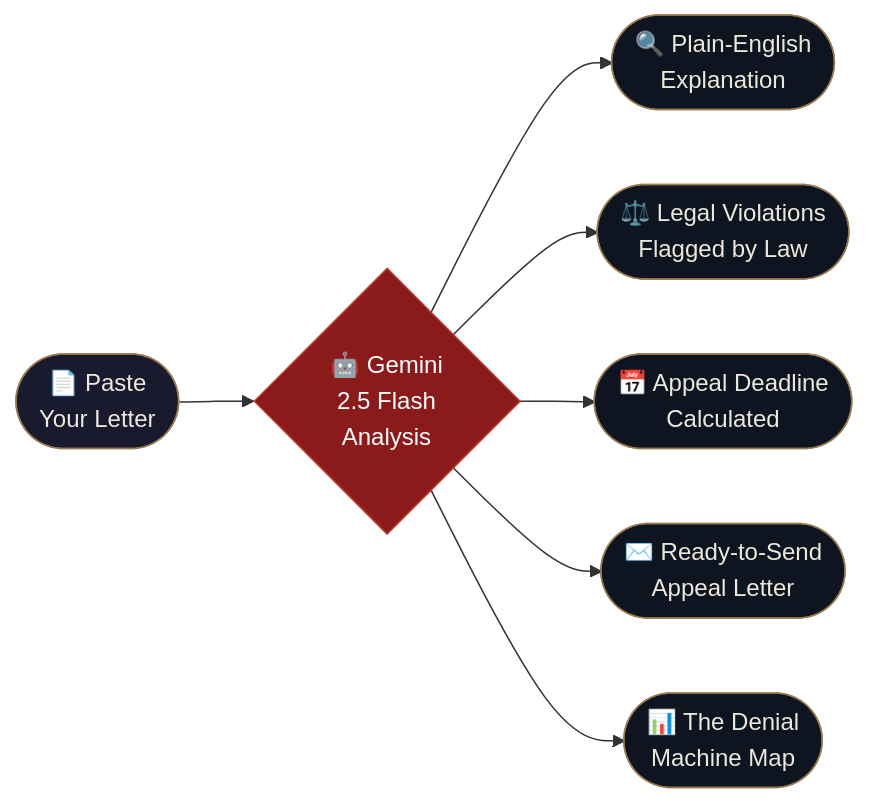
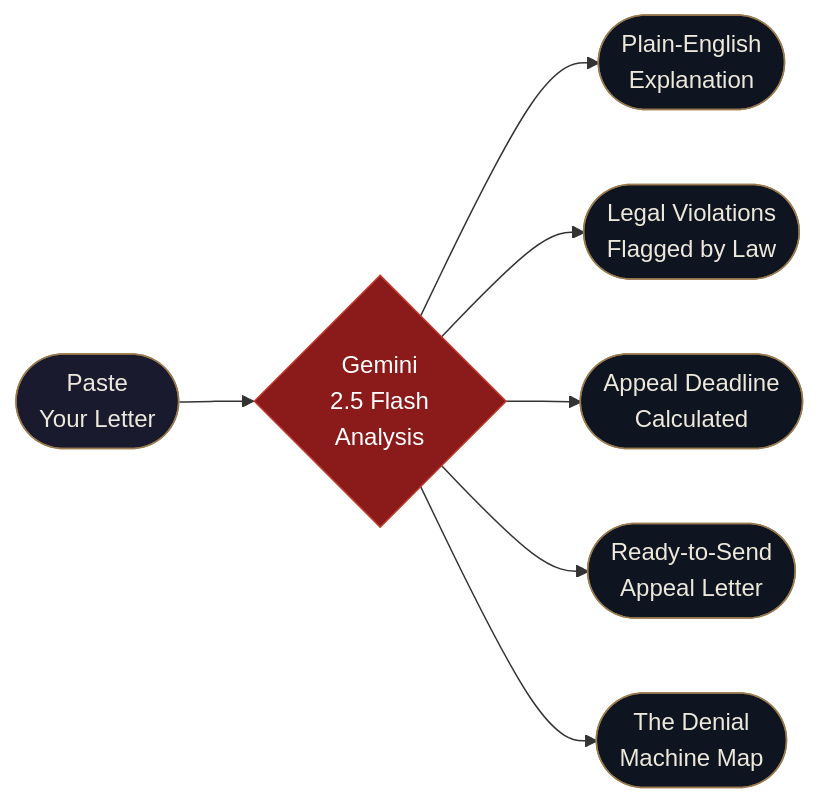
The second of 13 diagrams in README.md (Iceman-Dann/UnDenied), drawn with Mermaid before and after one commit. The commit also changed other lines of this file, not shown here.

````diff
--- a/README.md
+++ b/README.md
@@ -78,17 +78,17 @@
 ```mermaid
 flowchart LR
-    A(["📄 Paste\nYour Letter"]) --> B{"🤖 Gemini\n2.5 Flash\nAnalysis"}
-    B --> C(["🔍 Plain-English\nExplanation"])
-    B --> D(["⚖️ Legal Violations\nFlagged by Law"])
-    B --> E(["📅 Appeal Deadline\nCalculated"])
-    B --> F(["✉️ Ready-to-Send\nAppeal Letter"])
-    B --> G(["📊 The Denial\nMachine Map"])
+    A(["Paste\nYour Letter"]) --> B{"Gemini\n2.5 Flash\nAnalysis"}
+    B --> C(["Plain-English\nExplanation"])
+    B --> D(["Legal Violations\nFlagged by Law"])
+    B --> E(["Appeal Deadline\nCalculated"])
+    B --> F(["Ready-to-Send\nAppeal Letter"])
+    B --> G(["The Denial\nMachine Map"])
 
     style A fill:#1a1a2e,stroke:#9a7b4f,color:#ede8dc
     style B fill:#8b1a1a,stroke:#c0392b,color:#ffffff
     style C fill:#0f1520,stroke:#9a7b4f,color:#ede8dc
     style D fill:#0f1520,stroke:#9a7b4f,color:#ede8dc
     style E fill:#0f1520,stroke:#9a7b4f,color:#ede8dc
     style F fill:#0f1520,stroke:#9a7b4f,color:#ede8dc
     style G fill:#0f1520,stroke:#9a7b4f,color:#ede8dc
 ```
````
